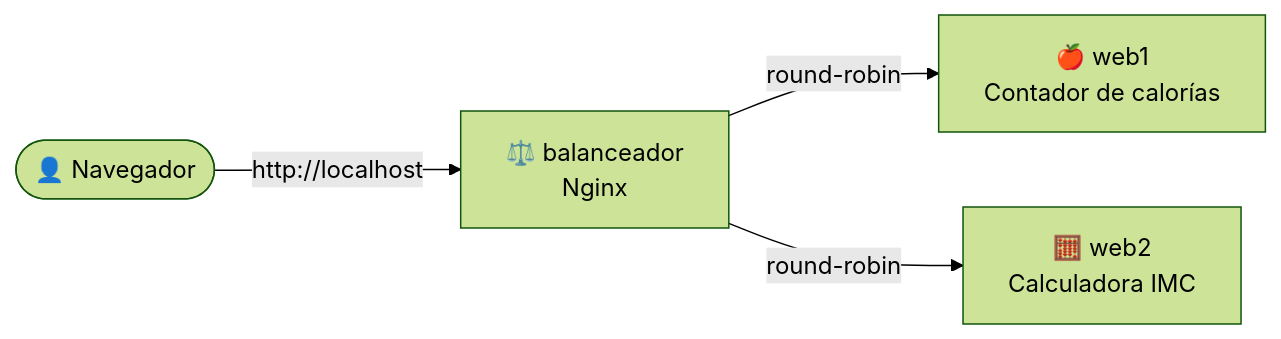
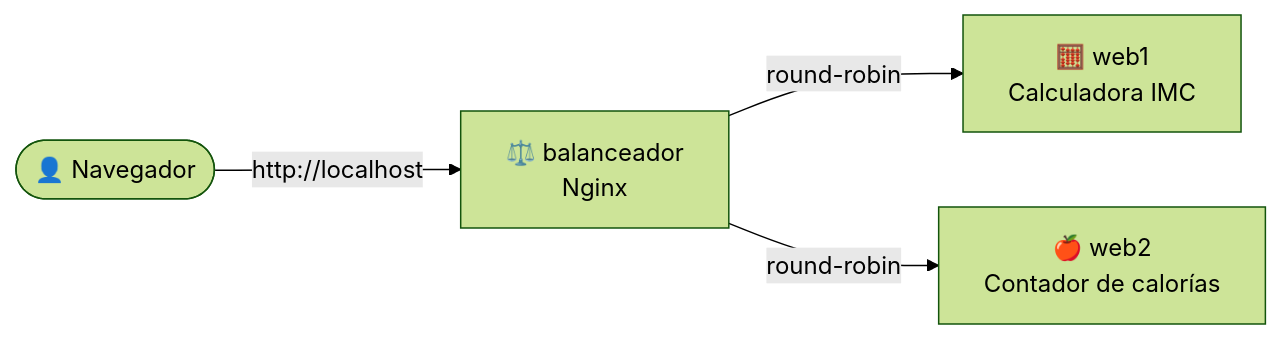
Before and after one commit to jramonnv0786-prog/practica-docker-windows: the diagram in README.md, drawn with Mermaid (forest theme). The commit also changed other lines of this file, not shown here.

````diff
--- a/README.md
+++ b/README.md
@@ -48,6 +48,6 @@
 ```mermaid
 flowchart LR
     U(["👤 Navegador"]) -->|"http://localhost"| B["⚖️ balanceador<br/>Nginx"]
-    B -->|"round-robin"| W1["🍎 web1<br/>Contador de calorías"]
-    B -->|"round-robin"| W2["🧮 web2<br/>Calculadora IMC"]
+    B -->|"round-robin"| W1["🧮 web1<br/>Calculadora IMC"]
+    B -->|"round-robin"| W2["🍎 web2<br/>Contador de calorías"]
 ```
````
